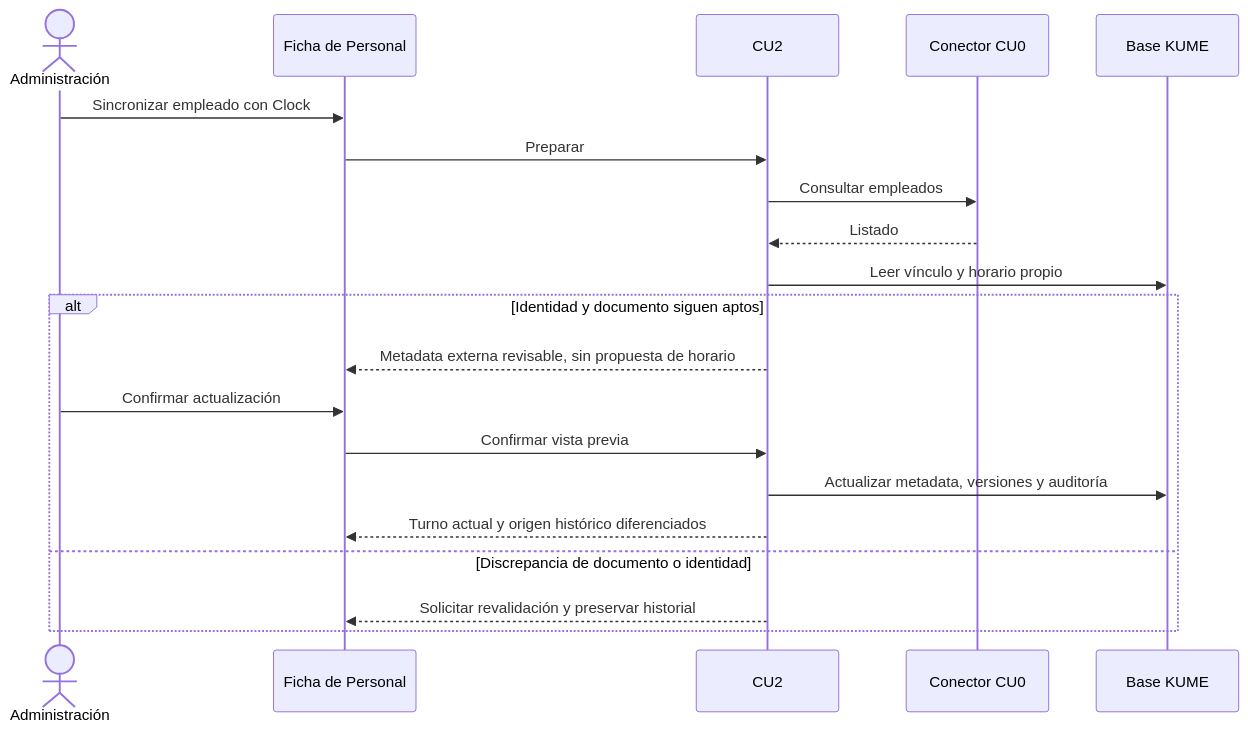
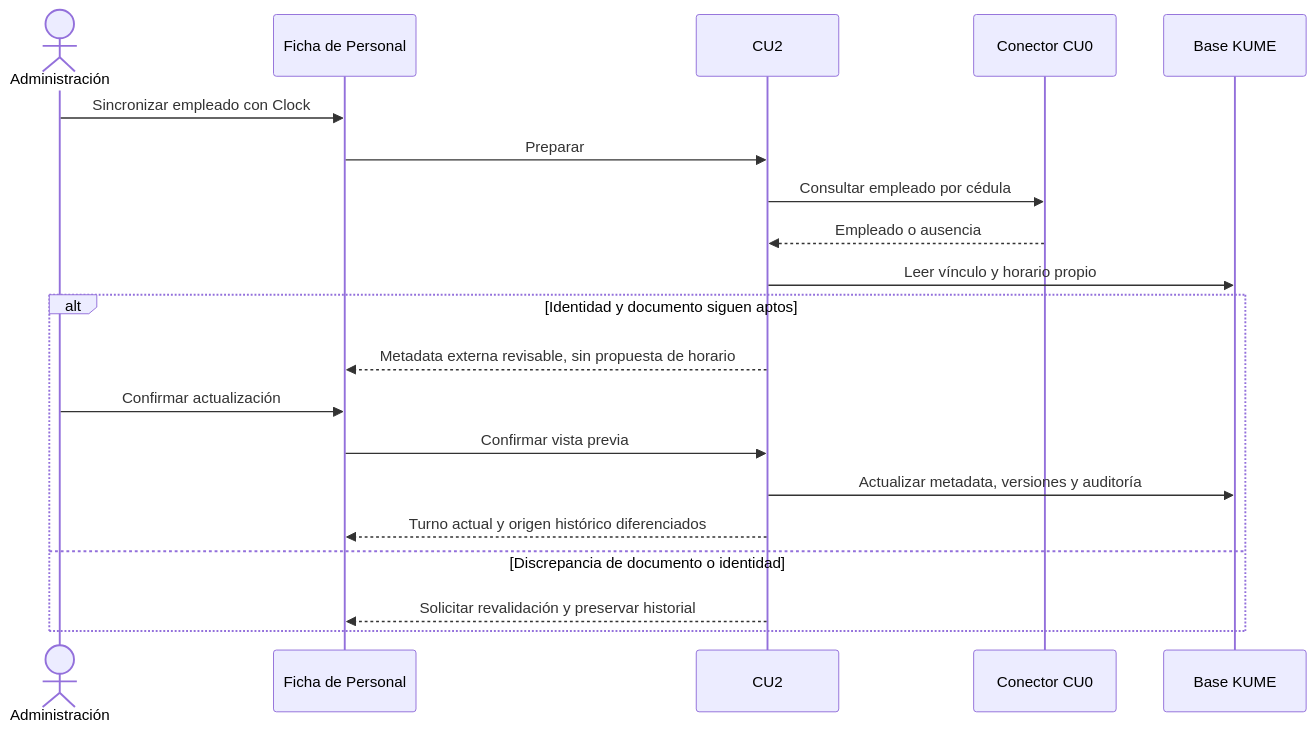
One commit to maxifarkuso/kume-admin-docs changed the fourth of 4 diagrams in docs/technical/softwareclock-employee-mapping.md. Above: the diagram before and after it, drawn with Mermaid. The commit also changed other lines of this file and 7 other files, not shown here.

Commit message:
docs(clock): registrar la consulta de empleados por cédula

````diff
--- a/docs/technical/softwareclock-employee-mapping.md
+++ b/docs/technical/softwareclock-employee-mapping.md
@@ -70,22 +70,22 @@
 ```mermaid
 sequenceDiagram
     actor A as Administración
     participant UI as Ficha de Personal
     participant BE as CU2
     participant C as Conector CU0
     participant DB as Base KUME
     A->>UI: Sincronizar empleado con Clock
     UI->>BE: Preparar
-    BE->>C: Consultar empleados
-    C-->>BE: Listado
+    BE->>C: Consultar empleado por cédula
+    C-->>BE: Empleado o ausencia
     BE->>DB: Leer vínculo y horario propio
     alt Identidad y documento siguen aptos
         BE-->>UI: Metadata externa revisable, sin propuesta de horario
         A->>UI: Confirmar actualización
         UI->>BE: Confirmar vista previa
         BE->>DB: Actualizar metadata, versiones y auditoría
         BE-->>UI: Turno actual y origen histórico diferenciados
     else Discrepancia de documento o identidad
         BE-->>UI: Solicitar revalidación y preservar historial
     end
 ```
````
